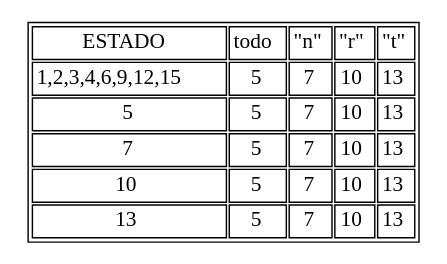
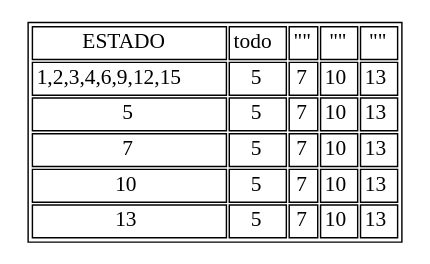
One commit to elimazariegosr/OLC1_Proyecto1_201709426 changed the diagram in OLC_Proyecto1_201709426/bin/Debug/tb_TODO.dot. Above: the diagram before and after it, drawn with Graphviz. The commit also changed 90 other files, not shown here.

```diff
--- a/OLC_Proyecto1_201709426/bin/Debug/tb_TODO.dot
+++ b/OLC_Proyecto1_201709426/bin/Debug/tb_TODO.dot
@@ -1,38 +1,40 @@
 digraph Grafica{
 graph [ratio=fill];
 node [label="\N", fontsize=15, shape=plaintext];
 graph [bb="0,0,352,154"];arset [label=<
         <TABLE ALIGN="LEFT">
 <TR><TD>ESTADO</TD>
 <TD>todo</TD>
-<TD>"n"</TD>
-<TD>"r"</TD>
-<TD>"t"</TD>
+<TD>"
+"</TD>
+<TD>"
+"</TD>
+<TD>"	"</TD>
 </TR><TR><TD>1,2,3,4,6,9,12,15</TD>
 <TD>5</TD>
 <TD>7</TD>
 <TD>10</TD>
 <TD>13</TD>
 </TR><TR><TD>5</TD>
 <TD>5</TD>
 <TD>7</TD>
 <TD>10</TD>
 <TD>13</TD>
 </TR><TR><TD>7</TD>
 <TD>5</TD>
 <TD>7</TD>
 <TD>10</TD>
 <TD>13</TD>
 </TR><TR><TD>10</TD>
 <TD>5</TD>
 <TD>7</TD>
 <TD>10</TD>
 <TD>13</TD>
 </TR><TR><TD>13</TD>
 <TD>5</TD>
 <TD>7</TD>
 <TD>10</TD>
 <TD>13</TD>
 </TR></TABLE>
 >,];
 }
```
